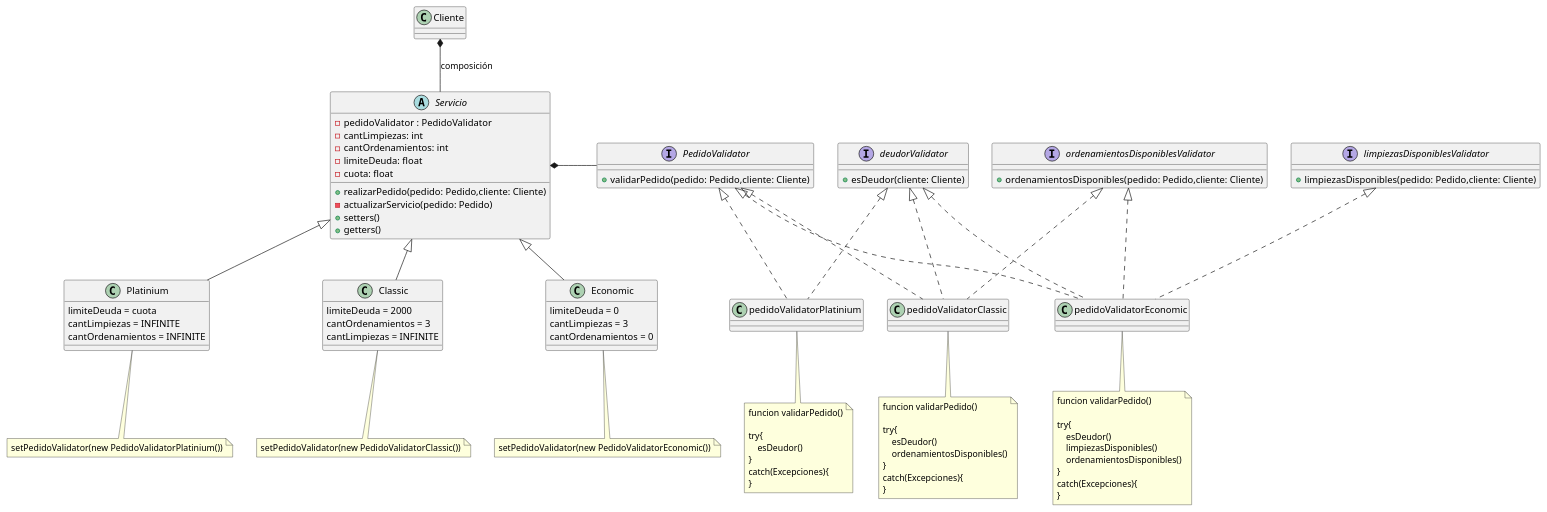
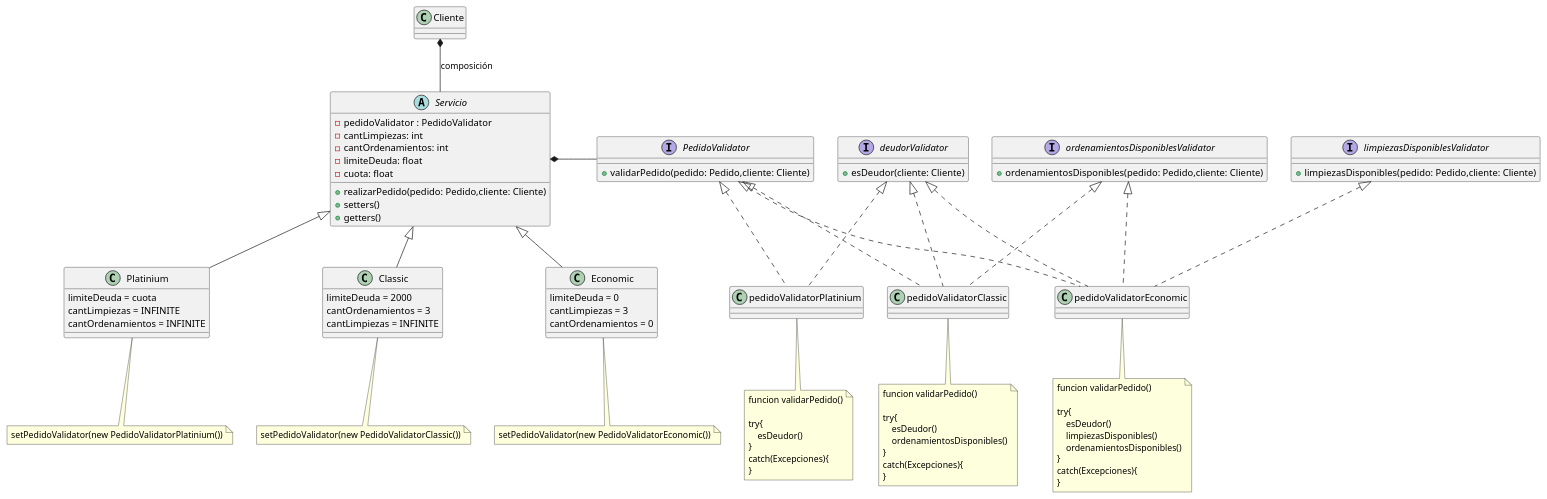
One commit to bacarvalho/TrabajoPractico changed the diagram in src/main/java/com/grupo4/trabajo/Diagramas/diagrama_clases_pedidoValidator.puml. Above: the diagram before and after it, drawn with PlantUML. The commit also changed 6 other files, not shown here.

```diff
--- a/src/main/java/com/grupo4/trabajo/Diagramas/diagrama_clases_pedidoValidator.puml
+++ b/src/main/java/com/grupo4/trabajo/Diagramas/diagrama_clases_pedidoValidator.puml
@@ -1,102 +1,101 @@
 @startuml
 'https://plantuml.com/class-diagram
 
 
 abstract class Servicio{
 - pedidoValidator : PedidoValidator
 - cantLimpiezas: int
 - cantOrdenamientos: int
 - limiteDeuda: float
  -cuota: float
 
 +realizarPedido(pedido: Pedido,cliente: Cliente)
--actualizarServicio(pedido: Pedido)
 +setters()
 +getters()
 }
 
 class Platinium{
 limiteDeuda = cuota
 cantLimpiezas = INFINITE
 cantOrdenamientos = INFINITE
 }
 class Classic{
 limiteDeuda = 2000
 cantOrdenamientos = 3
 cantLimpiezas = INFINITE
 }
 
 class Economic{
 limiteDeuda = 0
 cantLimpiezas = 3
 cantOrdenamientos = 0
 }
 
 interface PedidoValidator{
 +validarPedido(pedido: Pedido,cliente: Cliente)
 }
 
 interface deudorValidator{
 +esDeudor(cliente: Cliente)
 }
 
 interface ordenamientosDisponiblesValidator{
 +ordenamientosDisponibles(pedido: Pedido,cliente: Cliente)
 }
 
 class pedidoValidatorEconomic implements PedidoValidator,deudorValidator,ordenamientosDisponiblesValidator,limpiezasDisponiblesValidator{
 
 }
 class pedidoValidatorClassic implements PedidoValidator,deudorValidator,ordenamientosDisponiblesValidator{
 }
 class pedidoValidatorPlatinium implements PedidoValidator,deudorValidator{
 }
 
 interface limpiezasDisponiblesValidator{
 +limpiezasDisponibles(pedido: Pedido,cliente: Cliente)
 }
 
 Servicio <|-- Platinium
 Servicio <|-- Classic
 Servicio <|-- Economic
 
 PedidoValidator -left-* Servicio
 Cliente *--  Servicio : composición
 
 note bottom of pedidoValidatorEconomic
     funcion validarPedido()
 
     try{
         esDeudor()
         limpiezasDisponibles()
         ordenamientosDisponibles()
     }
     catch(Excepciones){
     }
 end note
 
 note bottom of pedidoValidatorClassic
     funcion validarPedido()
 
     try{
         esDeudor()
         ordenamientosDisponibles()
     }
     catch(Excepciones){
     }
 end note
 
 note bottom of pedidoValidatorPlatinium
     funcion validarPedido()
 
     try{
         esDeudor()
     }
     catch(Excepciones){
     }
 end note
 
 note bottom of Platinium: setPedidoValidator(new PedidoValidatorPlatinium())
 note bottom of Classic: setPedidoValidator(new PedidoValidatorClassic())
 note bottom of Economic: setPedidoValidator(new PedidoValidatorEconomic())
 @enduml
```
